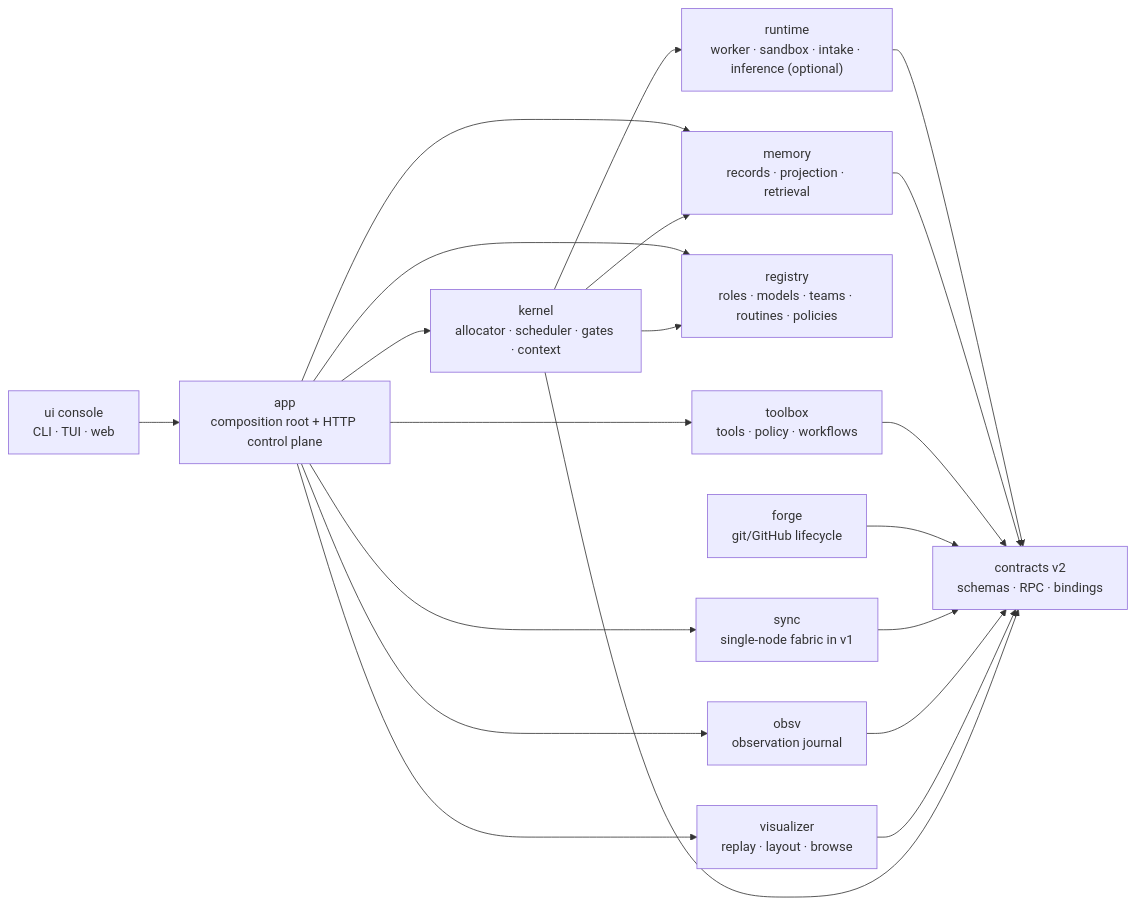
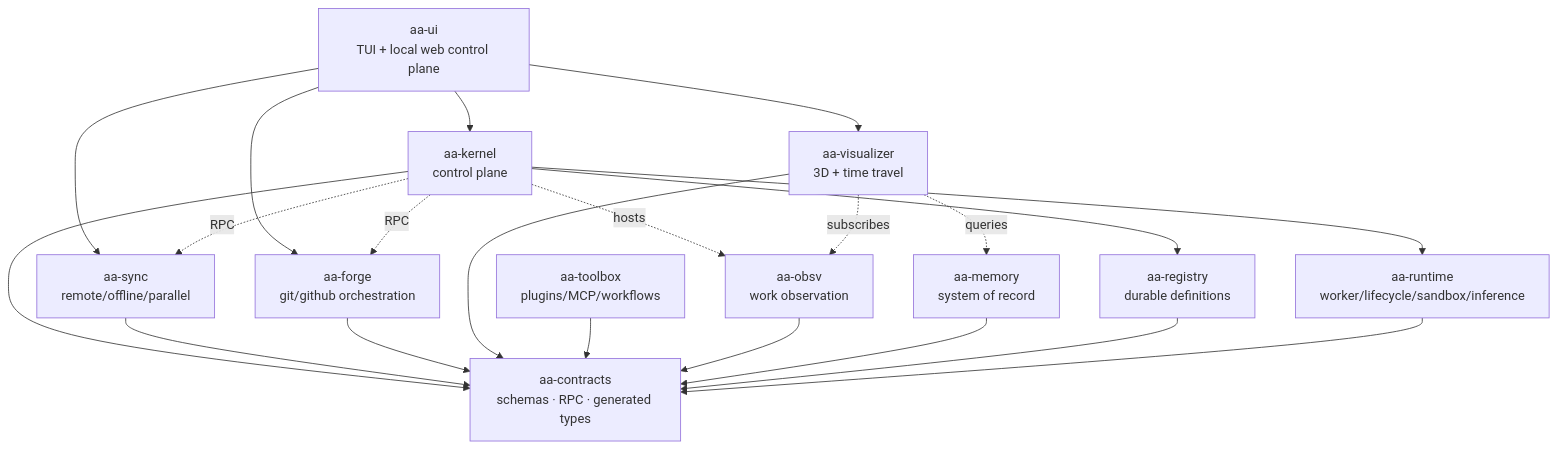
The diagram in README.md (greadee/aa), drawn with Mermaid before and after one commit. The commit also changed other lines of this file and 9 other files, not shown here.

Commit message:
rollback readme diagrams and remove committed media

````diff
--- a/README.md
+++ b/README.md
@@ -76,35 +98,35 @@
 ```mermaid
-flowchart LR
-    console["ui console<br/>CLI · TUI · web"]
-    app["app<br/>composition root + HTTP control plane"]
-    kernel["kernel<br/>allocator · scheduler · gates · context"]
-    runtime["runtime<br/>worker · sandbox · intake · inference (optional)"]
-    memory["memory<br/>records · projection · retrieval"]
-    registry["registry<br/>roles · models · teams · routines · policies"]
-    toolbox["toolbox<br/>tools · policy · workflows"]
-    forge["forge<br/>git/GitHub lifecycle"]
-    sync["sync<br/>single-node fabric in v1"]
-    obsv["obsv<br/>observation journal"]
-    vis["visualizer<br/>replay · layout · browse"]
-    contracts["contracts v2<br/>schemas · RPC · bindings"]
+flowchart TB
+    ui["aa-ui<br/>TUI + local web control plane"]
+    kernel["aa-kernel<br/>control plane"]
+    sync["aa-sync<br/>remote/offline/parallel"]
+    forge["aa-forge<br/>git/github orchestration"]
+    visualizer["aa-visualizer<br/>3D + time travel"]
+    toolbox["aa-toolbox<br/>plugins/MCP/workflows"]
+    contracts["aa-contracts<br/>schemas · RPC · generated types"]
+    obsv["aa-obsv<br/>work observation"]
+    memory["aa-memory<br/>system of record"]
+    registry["aa-registry<br/>durable definitions"]
+    runtime["aa-runtime<br/>worker/lifecycle/sandbox/inference"]
 
-    console --> app
-    app --> kernel
-    app --> memory
-    app --> obsv
-    app --> vis
-    app --> sync
-    app --> toolbox
-    app --> registry
+    ui --> kernel
+    ui --> visualizer
+    ui --> forge
+    ui --> sync
+    kernel --> contracts
+    sync --> contracts
+    forge --> contracts
+    visualizer --> contracts
+    toolbox --> contracts
+    obsv --> contracts
+    memory --> contracts
+    registry --> contracts
+    runtime --> contracts
+    kernel -.hosts.-> obsv
+    kernel --> registry
     kernel --> runtime
-    kernel --> registry
-    kernel --> memory
-    runtime --> contracts
-    memory --> contracts
-    toolbox --> contracts
-    forge --> contracts
-    sync --> contracts
-    obsv --> contracts
-    vis --> contracts
-    kernel --> contracts
+    kernel -.RPC.-> sync
+    kernel -.RPC.-> forge
+    visualizer -.subscribes.-> obsv
+    visualizer -.queries.-> memory
 ```
````
